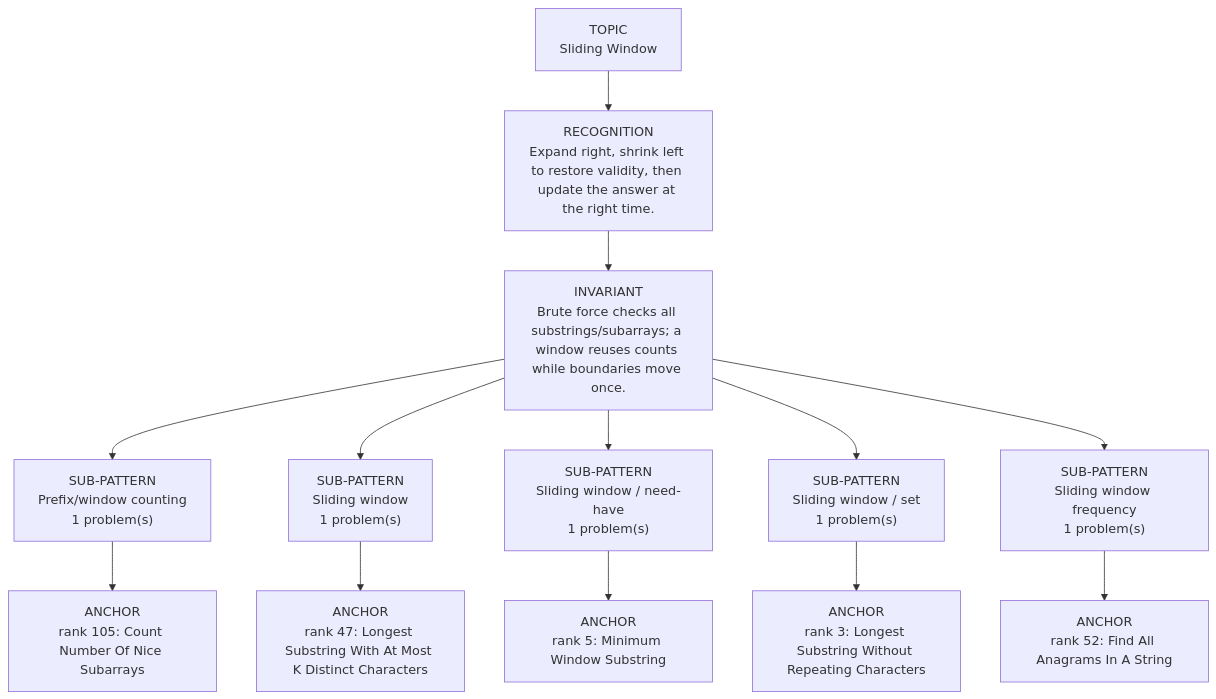
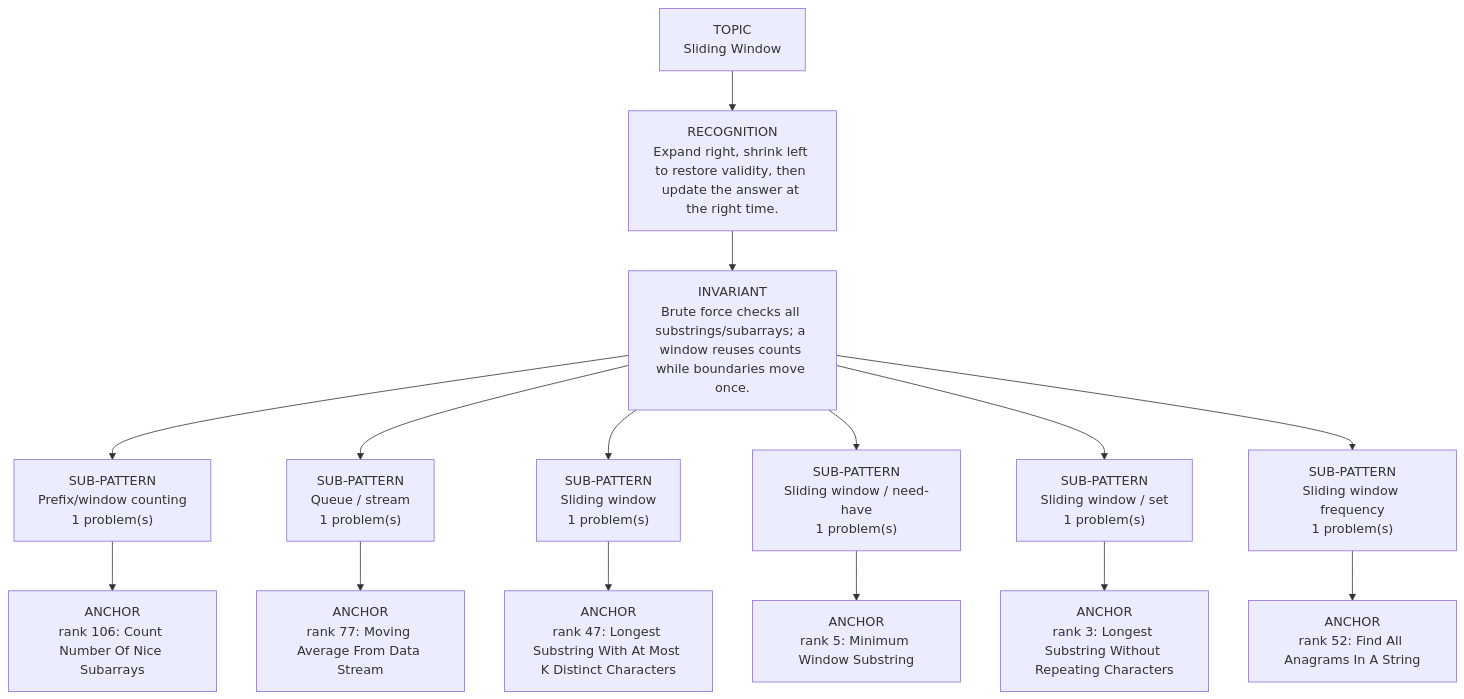
The diagram in dsa-review/interview/patterns/03_sliding_window.md (thechiranjeevjain/DSA10days), drawn with Mermaid before and after one commit. The commit also changed other lines of this file and 61 other files, not shown here.

````diff
--- a/dsa-review/interview/patterns/03_sliding_window.md
+++ b/dsa-review/interview/patterns/03_sliding_window.md
@@ -15,17 +15,19 @@
 ```mermaid
 flowchart TD
   Topic["TOPIC<br/>Sliding Window"]
   Recognition["RECOGNITION<br/>Expand right, shrink left to restore validity, then update the answer at the right time."]
   Invariant["INVARIANT<br/>Brute force checks all substrings/subarrays; a window reuses counts while boundaries move once."]
   Topic --> Recognition --> Invariant
   Invariant --> Sub01["SUB-PATTERN<br/>Prefix/window counting<br/>1 problem(s)"]
-  Sub01 --> Sub01A01["ANCHOR<br/>rank 105: Count Number Of Nice Subarrays"]
-  Invariant --> Sub02["SUB-PATTERN<br/>Sliding window<br/>1 problem(s)"]
-  Sub02 --> Sub02A01["ANCHOR<br/>rank 47: Longest Substring With At Most K Distinct Characters"]
-  Invariant --> Sub03["SUB-PATTERN<br/>Sliding window / need-have<br/>1 problem(s)"]
-  Sub03 --> Sub03A01["ANCHOR<br/>rank 5: Minimum Window Substring"]
-  Invariant --> Sub04["SUB-PATTERN<br/>Sliding window / set<br/>1 problem(s)"]
-  Sub04 --> Sub04A01["ANCHOR<br/>rank 3: Longest Substring Without Repeating Characters"]
-  Invariant --> Sub05["SUB-PATTERN<br/>Sliding window frequency<br/>1 problem(s)"]
-  Sub05 --> Sub05A01["ANCHOR<br/>rank 52: Find All Anagrams In A String"]
+  Sub01 --> Sub01A01["ANCHOR<br/>rank 106: Count Number Of Nice Subarrays"]
+  Invariant --> Sub02["SUB-PATTERN<br/>Queue / stream<br/>1 problem(s)"]
+  Sub02 --> Sub02A01["ANCHOR<br/>rank 77: Moving Average From Data Stream"]
+  Invariant --> Sub03["SUB-PATTERN<br/>Sliding window<br/>1 problem(s)"]
+  Sub03 --> Sub03A01["ANCHOR<br/>rank 47: Longest Substring With At Most K Distinct Characters"]
+  Invariant --> Sub04["SUB-PATTERN<br/>Sliding window / need-have<br/>1 problem(s)"]
+  Sub04 --> Sub04A01["ANCHOR<br/>rank 5: Minimum Window Substring"]
+  Invariant --> Sub05["SUB-PATTERN<br/>Sliding window / set<br/>1 problem(s)"]
+  Sub05 --> Sub05A01["ANCHOR<br/>rank 3: Longest Substring Without Repeating Characters"]
+  Invariant --> Sub06["SUB-PATTERN<br/>Sliding window frequency<br/>1 problem(s)"]
+  Sub06 --> Sub06A01["ANCHOR<br/>rank 52: Find All Anagrams In A String"]
 ```
````
